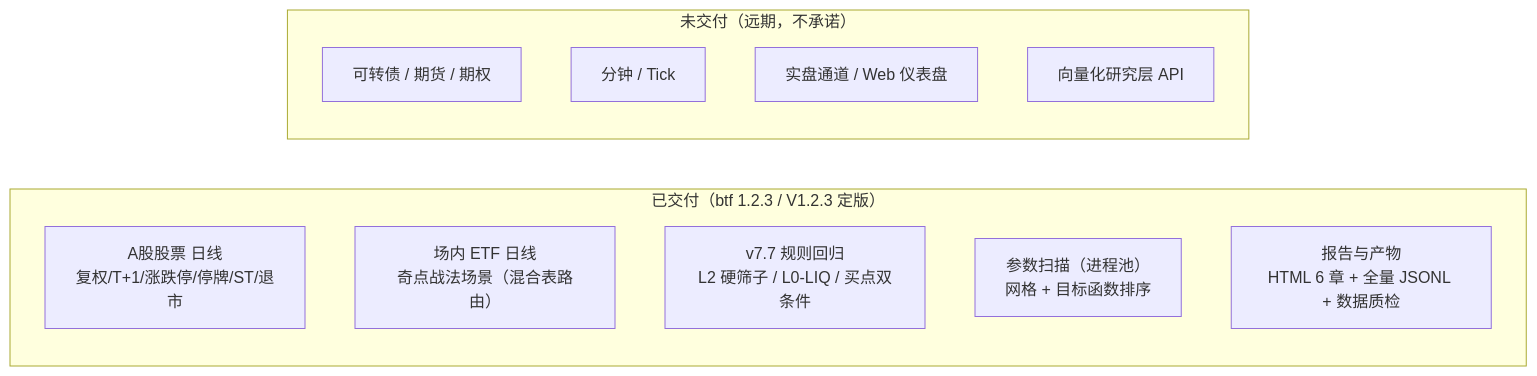
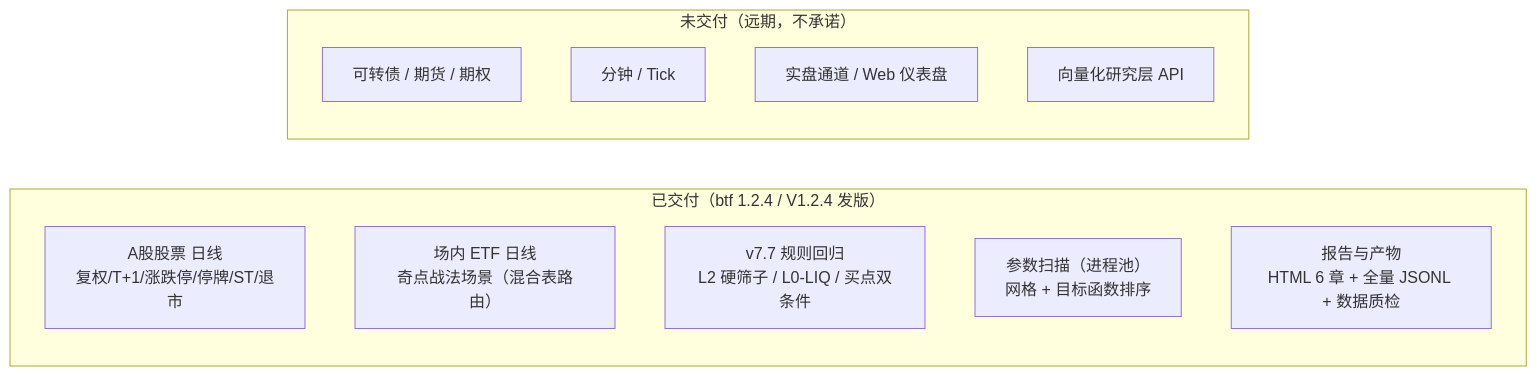
Before and after one commit to 1716250001/quant-strategy-infrastructure: the diagram in 代码架构/回测工具架构/01-总览与定位.md, drawn with Mermaid. The commit also changed other lines of this file and 46 other files, not shown here.

````diff
--- a/代码架构/回测工具架构/01-总览与定位.md
+++ b/代码架构/回测工具架构/01-总览与定位.md
@@ -125,16 +125,16 @@
 ```mermaid
 flowchart LR
-    subgraph 已交付["已交付（btf 1.2.3 / V1.2.3 定版）"]
+    subgraph 已交付["已交付（btf 1.2.4 / V1.2.4 发版）"]
         A1["A股股票 日线<br/>复权/T+1/涨跌停/停牌/ST/退市"]
         A2["场内 ETF 日线<br/>奇点战法场景（混合表路由）"]
         A3["v7.7 规则回归<br/>L2 硬筛子 / L0-LIQ / 买点双条件"]
         A4["参数扫描（进程池）<br/>网格 + 目标函数排序"]
         A5["报告与产物<br/>HTML 6 章 + 全量 JSONL + 数据质检"]
     end
     subgraph 未交付["未交付（远期，不承诺）"]
         B1["可转债 / 期货 / 期权"]
         B2["分钟 / Tick"]
         B3["实盘通道 / Web 仪表盘"]
         B4["向量化研究层 API"]
     end
 ```
````
